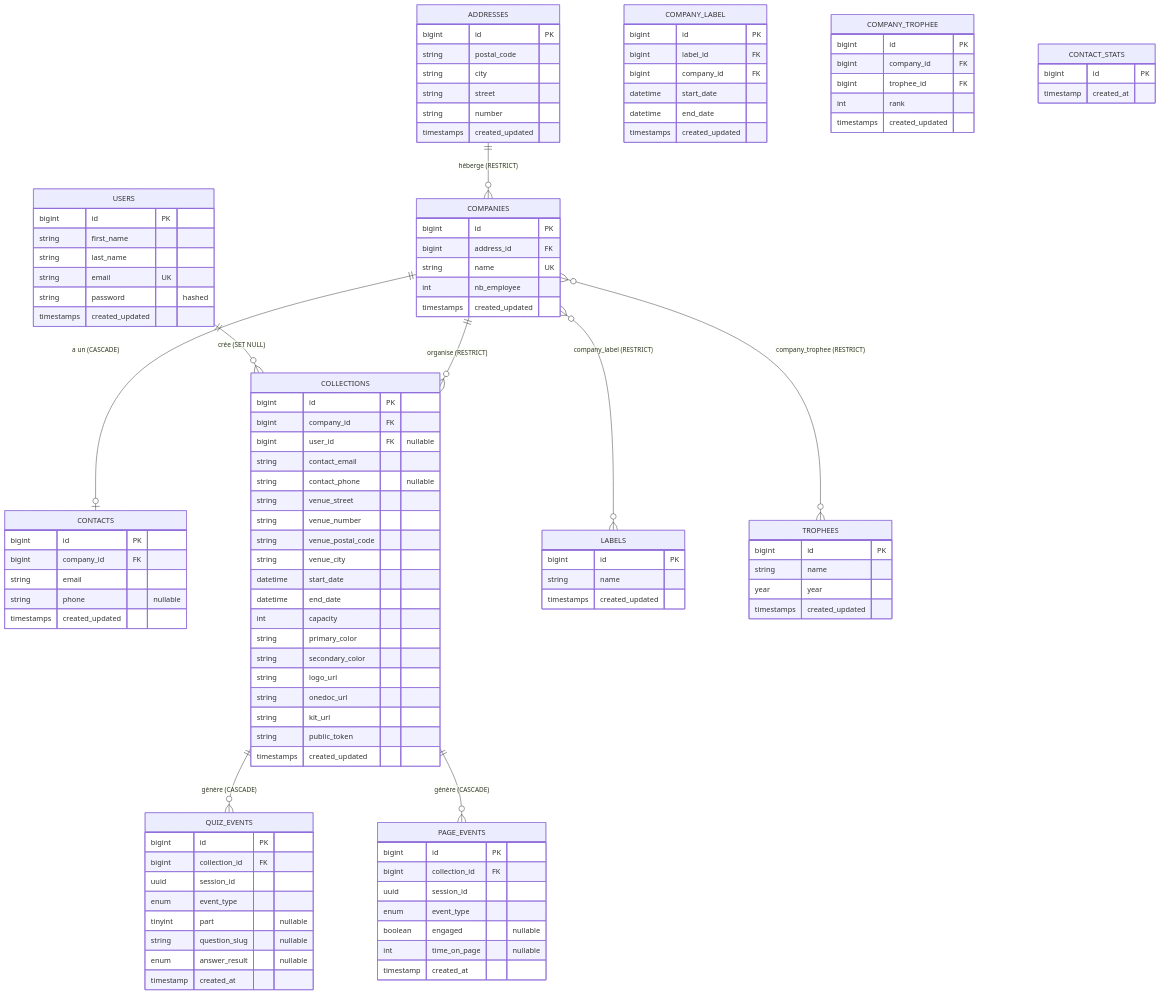
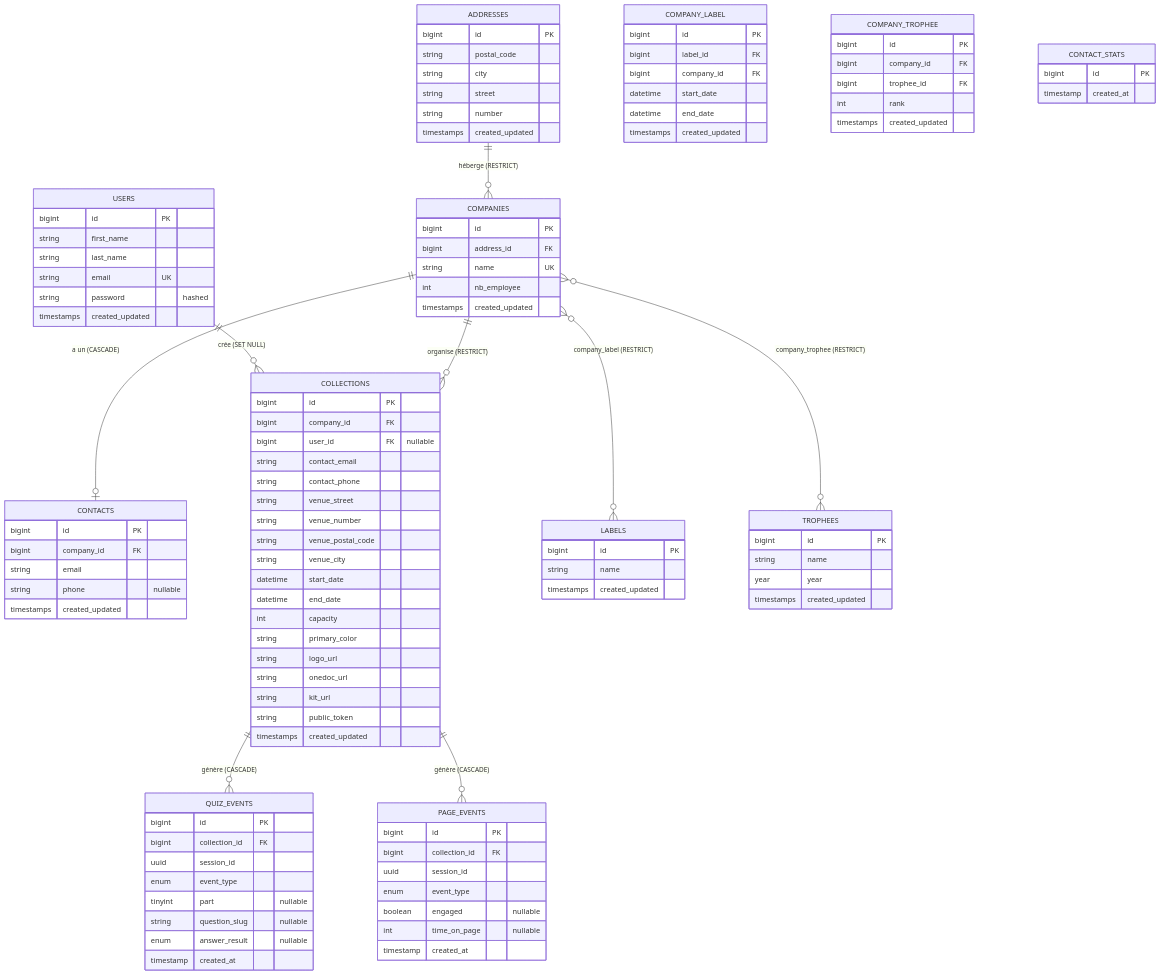
The diagram in project/rapport-technique.md (Keedjud/Groupe-2---Ligtile), drawn with Mermaid before and after one commit. The commit also changed other lines of this file and 3 other files, not shown here.

```diff
--- a/project/rapport-technique.md
+++ b/project/rapport-technique.md
@@ -146,7 +146,7 @@
         bigint company_id FK
         bigint user_id FK "nullable"
         string contact_email
-        string contact_phone "nullable"
+        string contact_phone
         string venue_street
         string venue_number
         string venue_postal_code
@@ -155,7 +155,6 @@
         datetime end_date
         int capacity
         string primary_color
-        string secondary_color
         string logo_url
         string onedoc_url
         string kit_url
```
